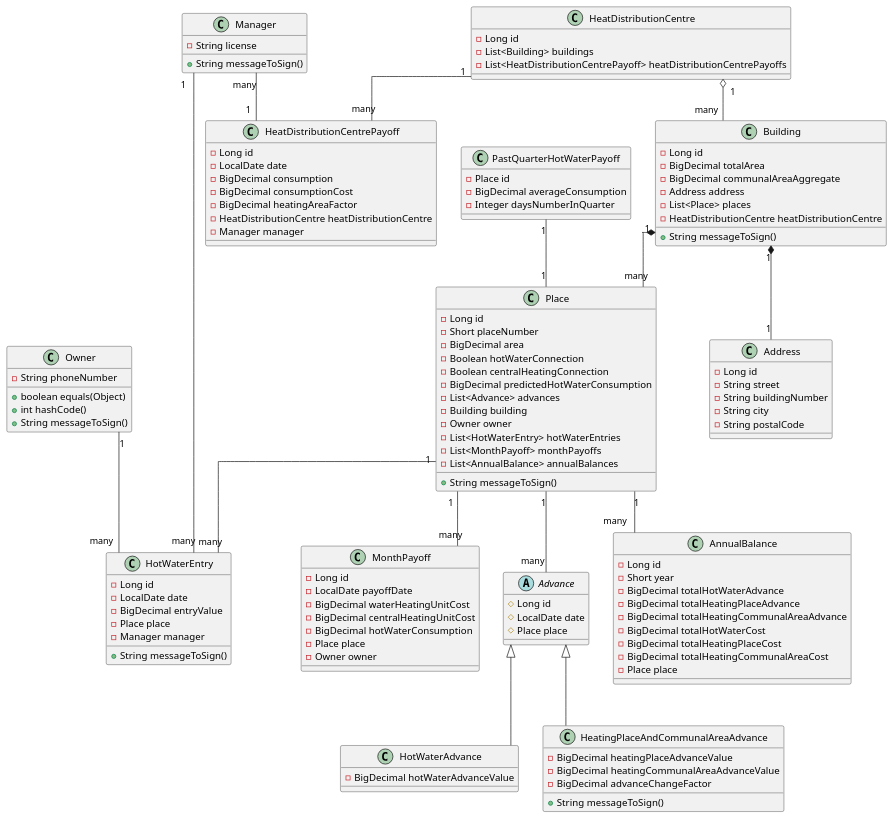
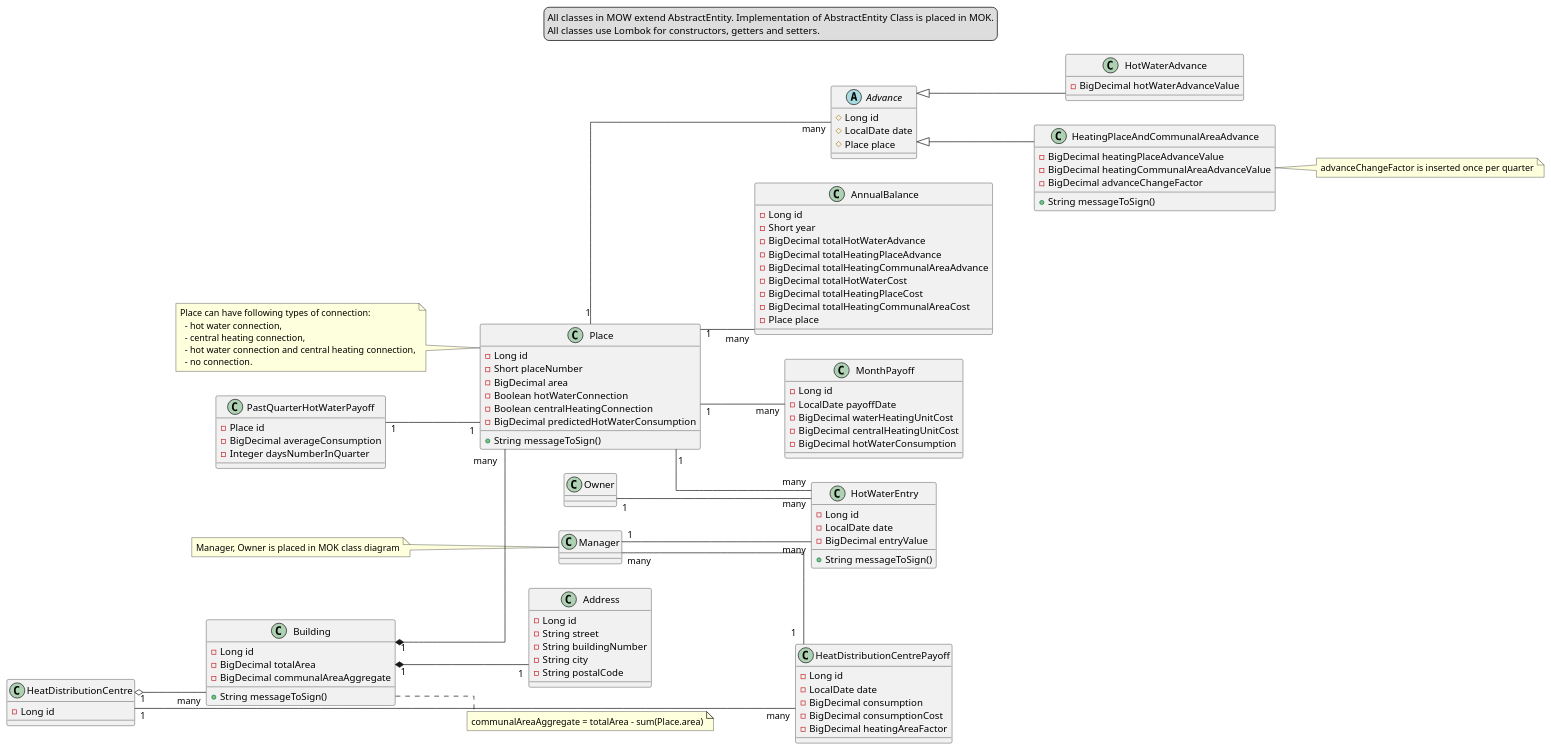
The diagram in src/main/resources/diagram klas poprawka/diakgram-klas-mow.puml (malinowskaMM/Heat-billing-system-SSBD---UML-diagrams), drawn with PlantUML before and after one commit.

Commit message:
Poprawki diagram klas mow

```diff
--- a/src/main/resources/diagram klas poprawka/diakgram-klas-mow.puml
+++ b/src/main/resources/diagram klas poprawka/diakgram-klas-mow.puml
@@ -1,123 +1,126 @@
 @startuml
 
-top to bottom direction
+left to right direction
 skinparam linetype ortho
 class MonthPayoff {
 - Long id
 - LocalDate payoffDate
 - BigDecimal waterHeatingUnitCost
 - BigDecimal centralHeatingUnitCost
 - BigDecimal hotWaterConsumption
-- Place place
-- Owner owner
+}
+class Owner {
 }
 class Place {
 - Long id
 - Short placeNumber
 - BigDecimal area
 - Boolean hotWaterConnection
 - Boolean centralHeatingConnection
 - BigDecimal predictedHotWaterConsumption
-- List<Advance> advances
-- Building building
-- Owner owner
-- List<HotWaterEntry> hotWaterEntries
-- List<MonthPayoff> monthPayoffs
-- List<AnnualBalance> annualBalances
 + String messageToSign()
 }
 class Building {
 - Long id
 - BigDecimal totalArea
 - BigDecimal communalAreaAggregate
-- Address address
-- List<Place> places
-- HeatDistributionCentre heatDistributionCentre
 + String messageToSign()
 }
 class Address {
 - Long id
 - String street
 - String buildingNumber
 - String city
 - String postalCode
 }
-class Owner {
-- String phoneNumber
-+ boolean equals(Object)
-+ int hashCode()
-+ String messageToSign()
-}
 class HotWaterAdvance {
 - BigDecimal hotWaterAdvanceValue
 }
 class HotWaterEntry {
 - Long id
 - LocalDate date
 - BigDecimal entryValue
-- Place place
-- Manager manager
 + String messageToSign()
 }
 class PastQuarterHotWaterPayoff {
 - Place id
 - BigDecimal averageConsumption
 - Integer daysNumberInQuarter
 }
 class Manager {
-- String license
-+ String messageToSign()
 }
 class HeatDistributionCentre {
 - Long id
-- List<Building> buildings
-- List<HeatDistributionCentrePayoff> heatDistributionCentrePayoffs
 }
 abstract class Advance {
 # Long id
 # LocalDate date
 # Place place
 }
 class HeatDistributionCentrePayoff {
 - Long id
 - LocalDate date
 - BigDecimal consumption
 - BigDecimal consumptionCost
 - BigDecimal heatingAreaFactor
-- HeatDistributionCentre heatDistributionCentre
-- Manager manager
 }
 class AnnualBalance {
 - Long id
 - Short year
 - BigDecimal totalHotWaterAdvance
 - BigDecimal totalHeatingPlaceAdvance
 - BigDecimal totalHeatingCommunalAreaAdvance
 - BigDecimal totalHotWaterCost
 - BigDecimal totalHeatingPlaceCost
 - BigDecimal totalHeatingCommunalAreaCost
 - Place place
 }
 class HeatingPlaceAndCommunalAreaAdvance {
 - BigDecimal heatingPlaceAdvanceValue
 - BigDecimal heatingCommunalAreaAdvanceValue
 - BigDecimal advanceChangeFactor
 + String messageToSign()
 }
 
   Owner "1" -- "many" HotWaterEntry
   Manager "1" -- "many" HotWaterEntry
   Manager "many" -- "1" HeatDistributionCentrePayoff
   Building "1" *-- "many" Place
   Place "1" -- "many" MonthPayoff
   Place "1" -- "many" Advance
   Place "1" -- "many" AnnualBalance
   Place "1" -- "many" HotWaterEntry
   Advance  <|--  HotWaterAdvance
   Advance <|--  HeatingPlaceAndCommunalAreaAdvance
   PastQuarterHotWaterPayoff "1" -- "1" Place
   HeatDistributionCentre "1" -- "many" HeatDistributionCentrePayoff
   HeatDistributionCentre "1" o-- "many" Building
   Building "1" *-- "1" Address
 
+  note left of Manager
+    Manager, Owner is placed in MOK class diagram
+  end note
+
+  note right of HeatingPlaceAndCommunalAreaAdvance
+  advanceChangeFactor is inserted once per quarter
+  end note
+
+
+  note right of Building
+  communalAreaAggregate = totalArea - sum(Place.area)
+  end note
+
+  note left of Place
+  Place can have following types of connection:
+    - hot water connection,
+    - central heating connection,
+    - hot water connection and central heating connection,
+    - no connection.
+  end note
+    legend top
+    All classes in MOW extend AbstractEntity. Implementation of AbstractEntity Class is placed in MOK.
+    All classes use Lombok for constructors, getters and setters.
+    end legend
+
+
 @enduml
```
